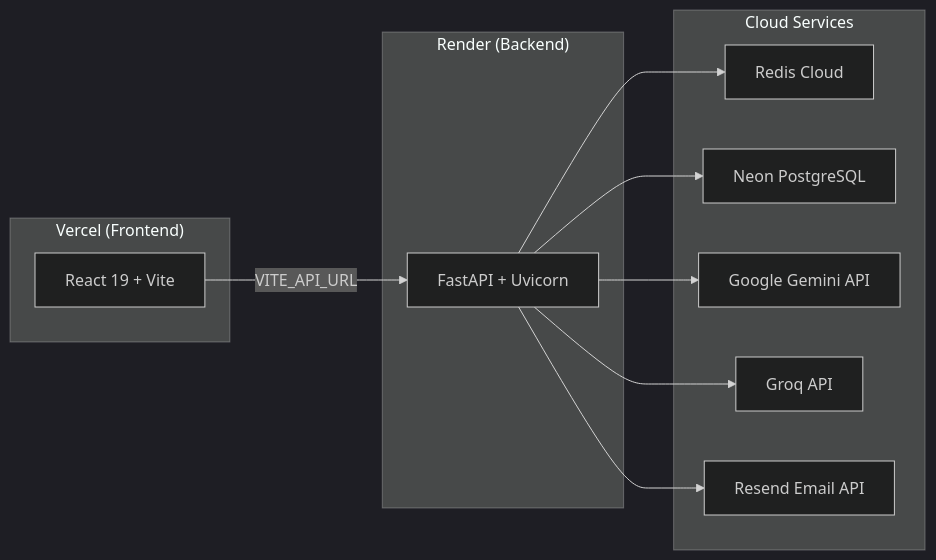
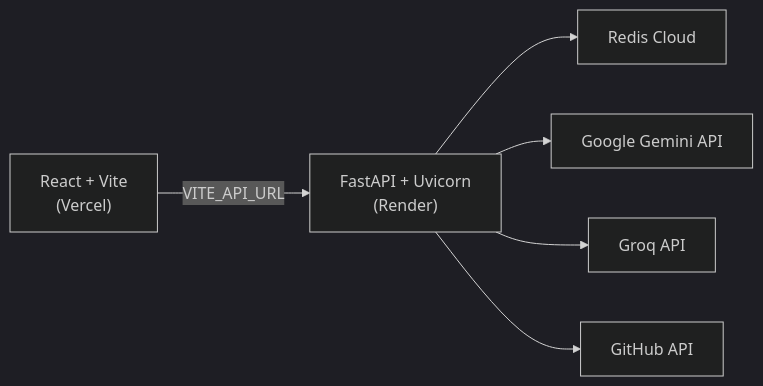
One commit to mujeebmasi/redis-rag changed the fourth of 6 diagrams in README.md. Above: the diagram before and after it, drawn with Mermaid (dark theme). The commit also changed other lines of this file and 8 other files, not shown here.

````diff
--- a/README.md
+++ b/README.md
@@ -282,25 +288,8 @@
 ```mermaid
 graph LR
-    subgraph Vercel["Vercel (Frontend)"]
-        React["React 19 + Vite"]
-    end
-
-    subgraph Render["Render (Backend)"]
-        FastAPI["FastAPI + Uvicorn"]
-    end
-
-    subgraph Cloud["Cloud Services"]
-        RedisCloud["Redis Cloud"]
-        Neon["Neon PostgreSQL"]
-        GeminiAPI["Google Gemini API"]
-        GroqAPI["Groq API"]
-        ResendAPI["Resend Email API"]
-    end
-
-    React -->|"VITE_API_URL"| FastAPI
-    FastAPI --> RedisCloud
-    FastAPI --> Neon
-    FastAPI --> GeminiAPI
-    FastAPI --> GroqAPI
-    FastAPI --> ResendAPI
+    React["React + Vite<br/>(Vercel)"] -->|"VITE_API_URL"| FastAPI["FastAPI + Uvicorn<br/>(Render)"]
+    FastAPI --> RedisCloud["Redis Cloud"]
+    FastAPI --> GeminiAPI["Google Gemini API"]
+    FastAPI --> GroqAPI["Groq API"]
+    FastAPI --> GitHubAPI["GitHub API"]
 ```
````
